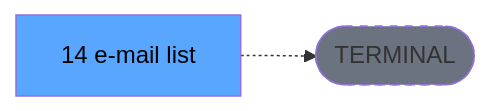
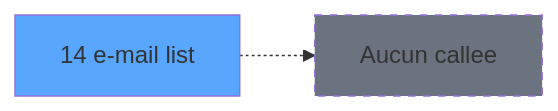
The third of 3 diagrams in .openspec/specs/ADH-IDE-14.md (thonyAGP/lecteur-magic), drawn with Mermaid before and after one commit. The commit also changed other lines of this file and 96 other files, not shown here.

````diff
--- a/.openspec/specs/ADH-IDE-14.md
+++ b/.openspec/specs/ADH-IDE-14.md
@@ -134,8 +132,8 @@
 ```mermaid
 graph LR
-    T[14 e-mail list]
-    TERM([TERMINAL])
-    T -.-> TERM
-    style TERM fill:#6b7280,stroke-dasharray: 5 5
-    style T fill:#58a6ff,color:#000
+    T14[14 e-mail list]
+    style T14 fill:#58a6ff
+    NONE[Aucun callee]
+    T14 -.-> NONE
+    style NONE fill:#6b7280,stroke-dasharray: 5 5
 ```
````
